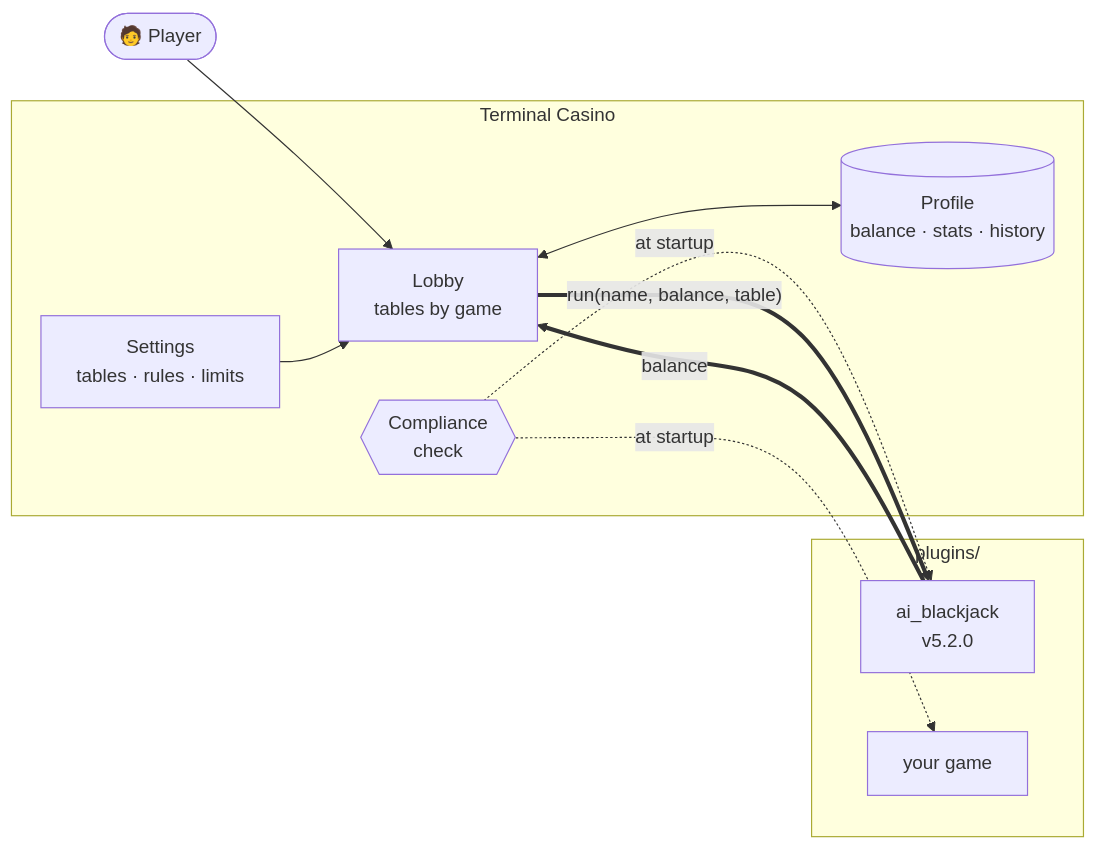
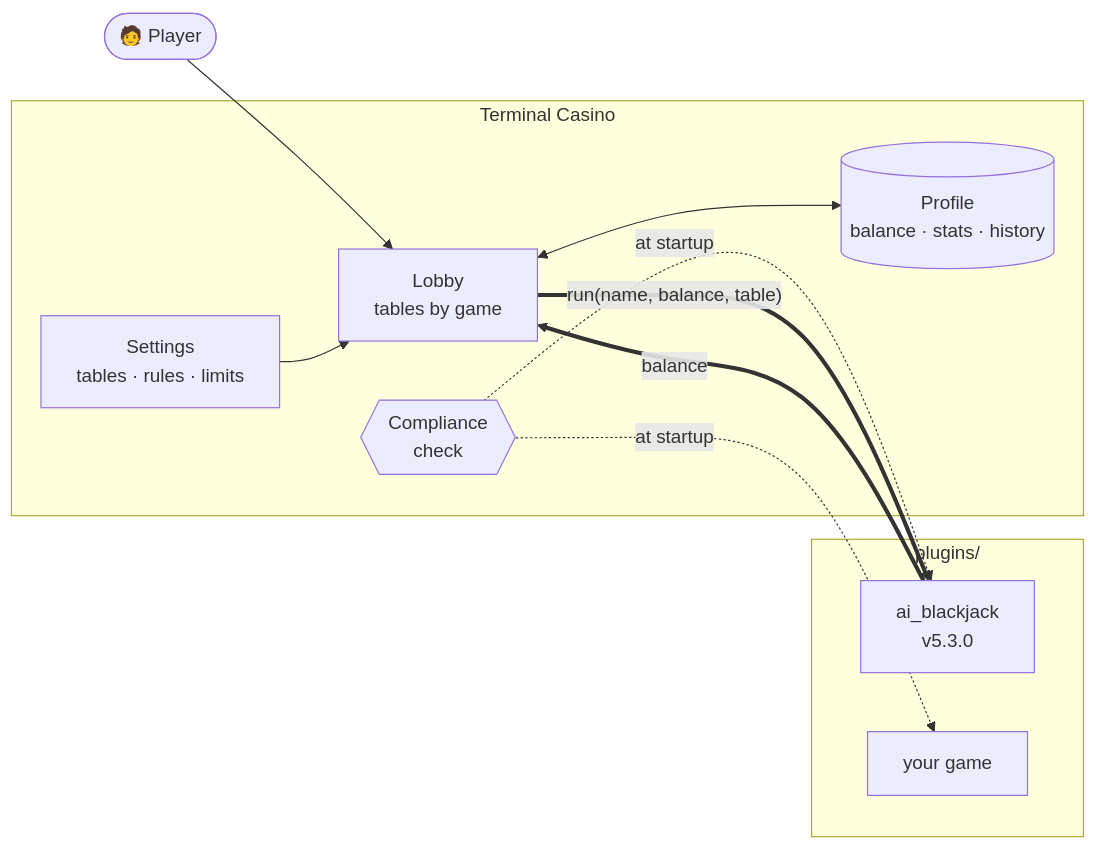
Before and after one commit to ianjackson8/terminal_casino: the diagram in README.md, drawn with Mermaid. The commit also changed other lines of this file and 3 other files, not shown here.

````diff
--- a/README.md
+++ b/README.md
@@ -188,23 +188,23 @@
 ```mermaid
 flowchart LR
   you(["🧑 Player"]) --> lobby
 
   subgraph casino ["Terminal Casino"]
     lobby["Lobby<br/>tables by game"]
     wallet[("Profile<br/>balance · stats · history")]
     settings["Settings<br/>tables · rules · limits"]
     check{{"Compliance<br/>check"}}
     lobby <--> wallet
     settings --> lobby
   end
 
   subgraph plugins ["plugins/"]
-    bj["ai_blackjack<br/>v5.2.0"]
+    bj["ai_blackjack<br/>v5.3.0"]
     next["your game"]
   end
 
   check -. "at startup" .-> bj
   check -. "at startup" .-> next
   lobby == "run(name, balance, table)" ==> bj
   bj == "balance" ==> lobby
 ```
````
